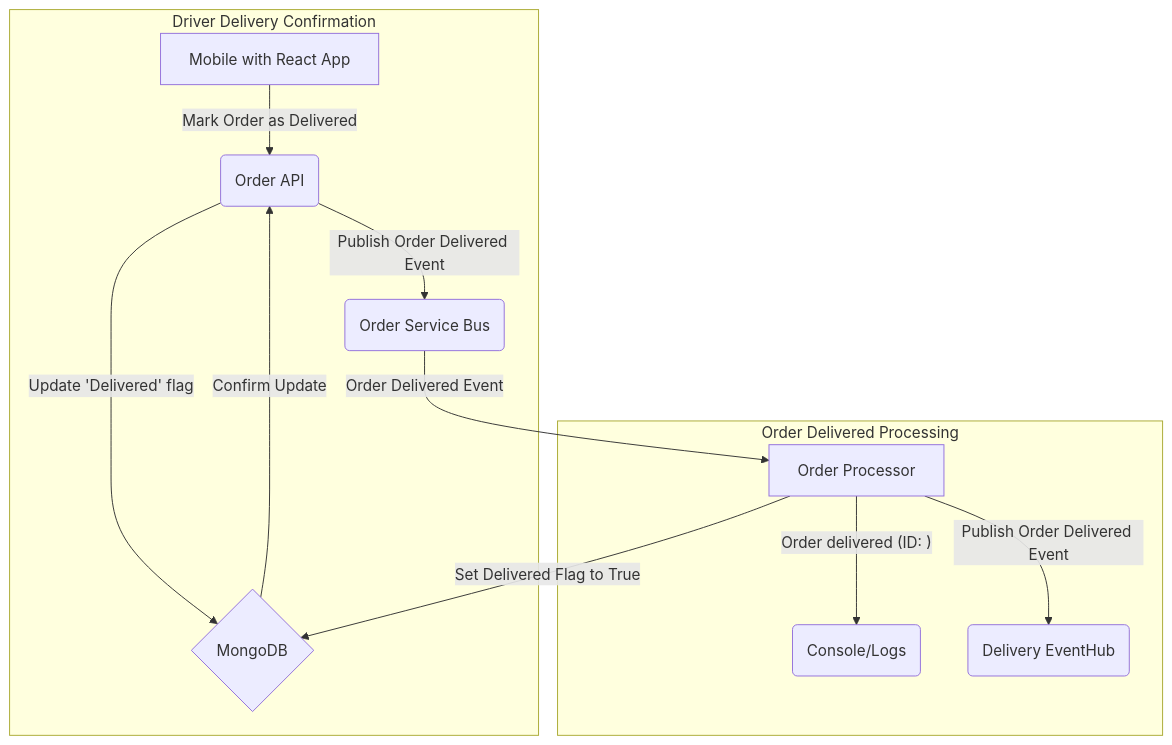
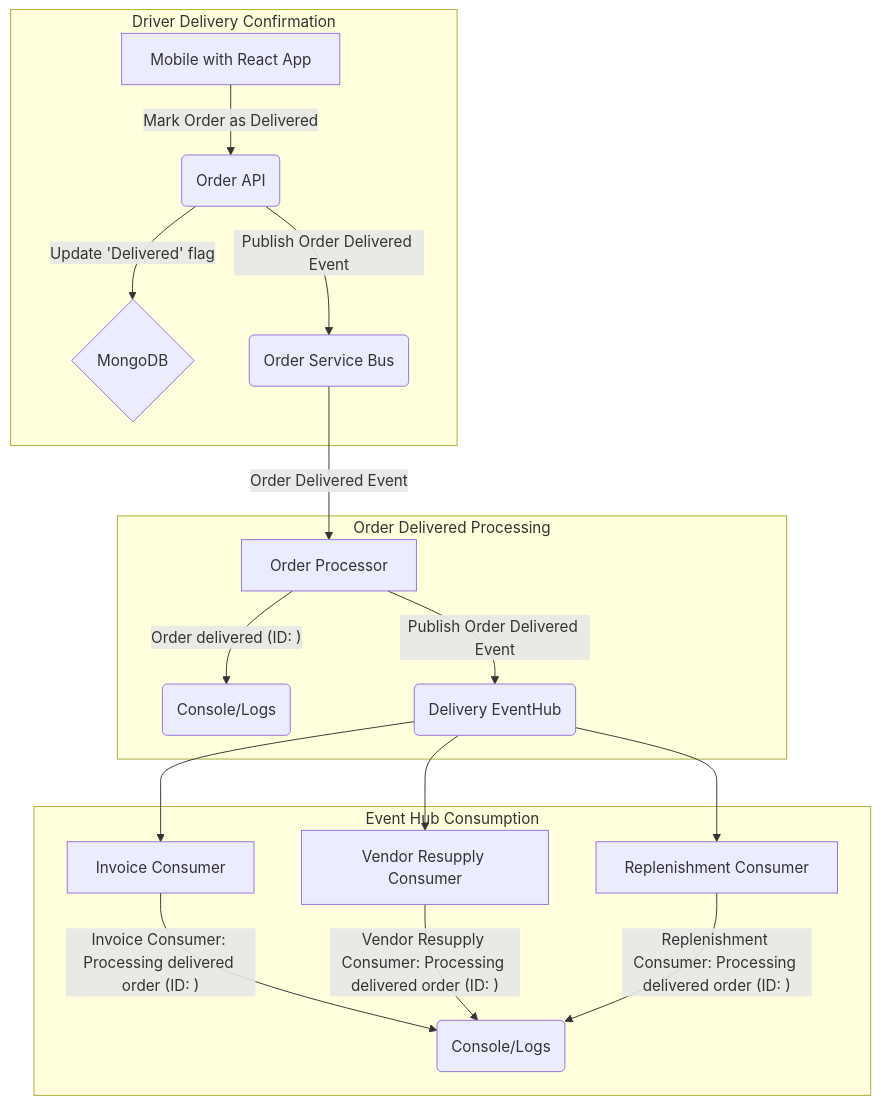
Before and after one commit to codeygrove-learning-repo/CursorFirstImpression: the diagram in docs/driver.deliver.order.mermaid, drawn with Mermaid. The commit also changed 2 other files, not shown here.

Commit message:
update mermaid chart

```diff
--- a/docs/driver.deliver.order.mermaid
+++ b/docs/driver.deliver.order.mermaid
@@ -1,14 +1,23 @@
 graph TD
     subgraph Driver Delivery Confirmation
         H[Mobile with React App] -- Mark Order as Delivered --> I(Order API)
-        I -- Update 'Delivered' flag --> J{MongoDB}
-        J -- Confirm Update --> I
+        I -- Update 'Delivered' flag --> J{MongoDB}        
         I -- Publish Order Delivered Event --> K(Order Service Bus)
     end
 
     subgraph Order Delivered Processing
         K -- Order Delivered Event --> L[Order Processor]
-        L -- "Order delivered (ID: <order_id>)" --> M(Console/Logs)
-        L -- Set Delivered Flag to True --> J
-        L -- Publish Order Delivered Event --> N(Delivery EventHub)
+        L -- "Order delivered (ID: <order_id>)" --> M(Console/Logs)        
+        L -- Publish Order Delivered Event --> O(Delivery EventHub)
     end
+
+    subgraph Event Hub Consumption
+        O(Delivery EventHub) --> P[Invoice Consumer]
+        P -- "Invoice Consumer: Processing delivered order (ID: <order_id>)" --> Q(Console/Logs)
+
+        O --> R[Vendor Resupply Consumer]
+        R -- "Vendor Resupply Consumer: Processing delivered order (ID: <order_id>)" --> Q
+
+        O --> S[Replenishment Consumer]
+        S -- "Replenishment Consumer: Processing delivered order (ID: <order_id>)" --> Q
+    end
```
